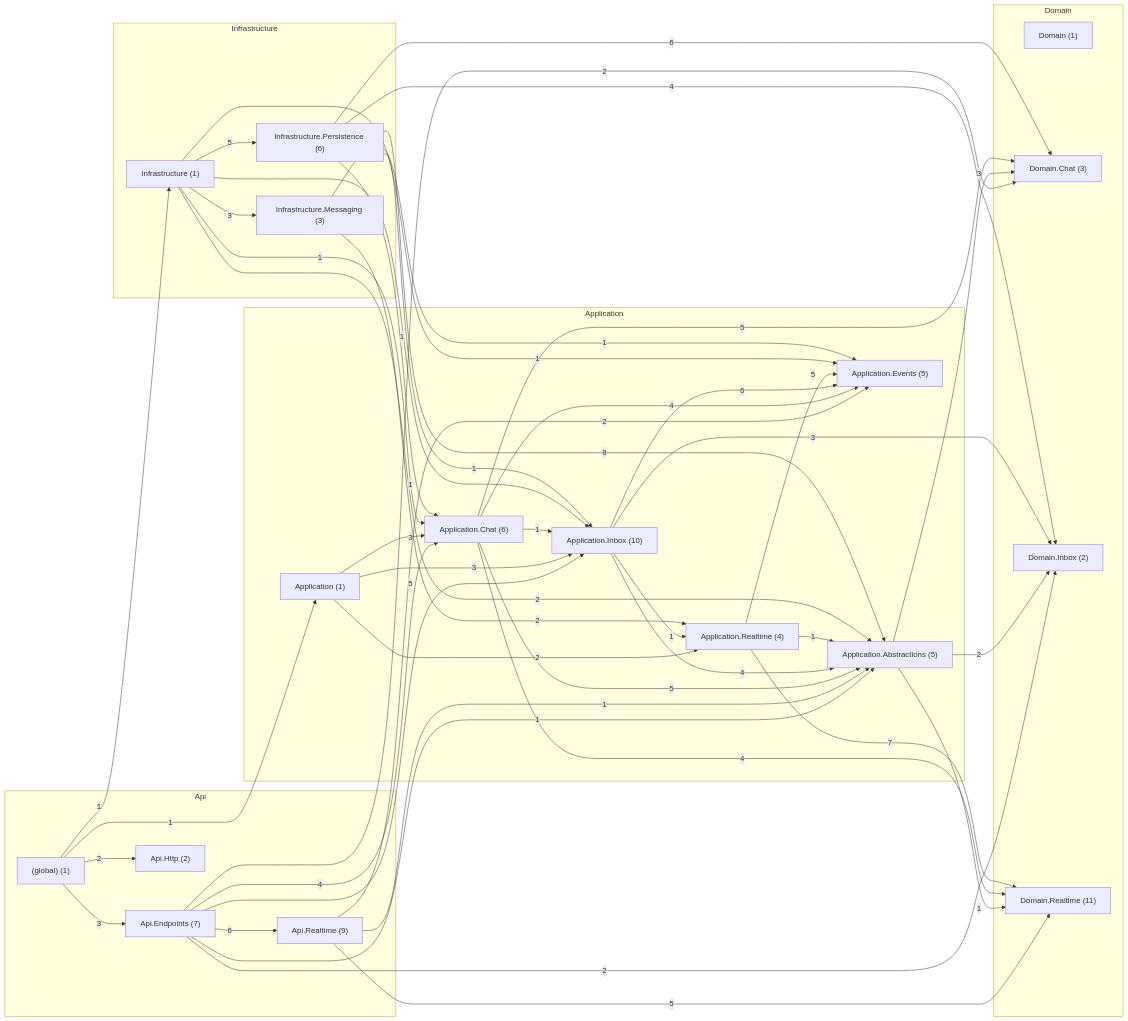
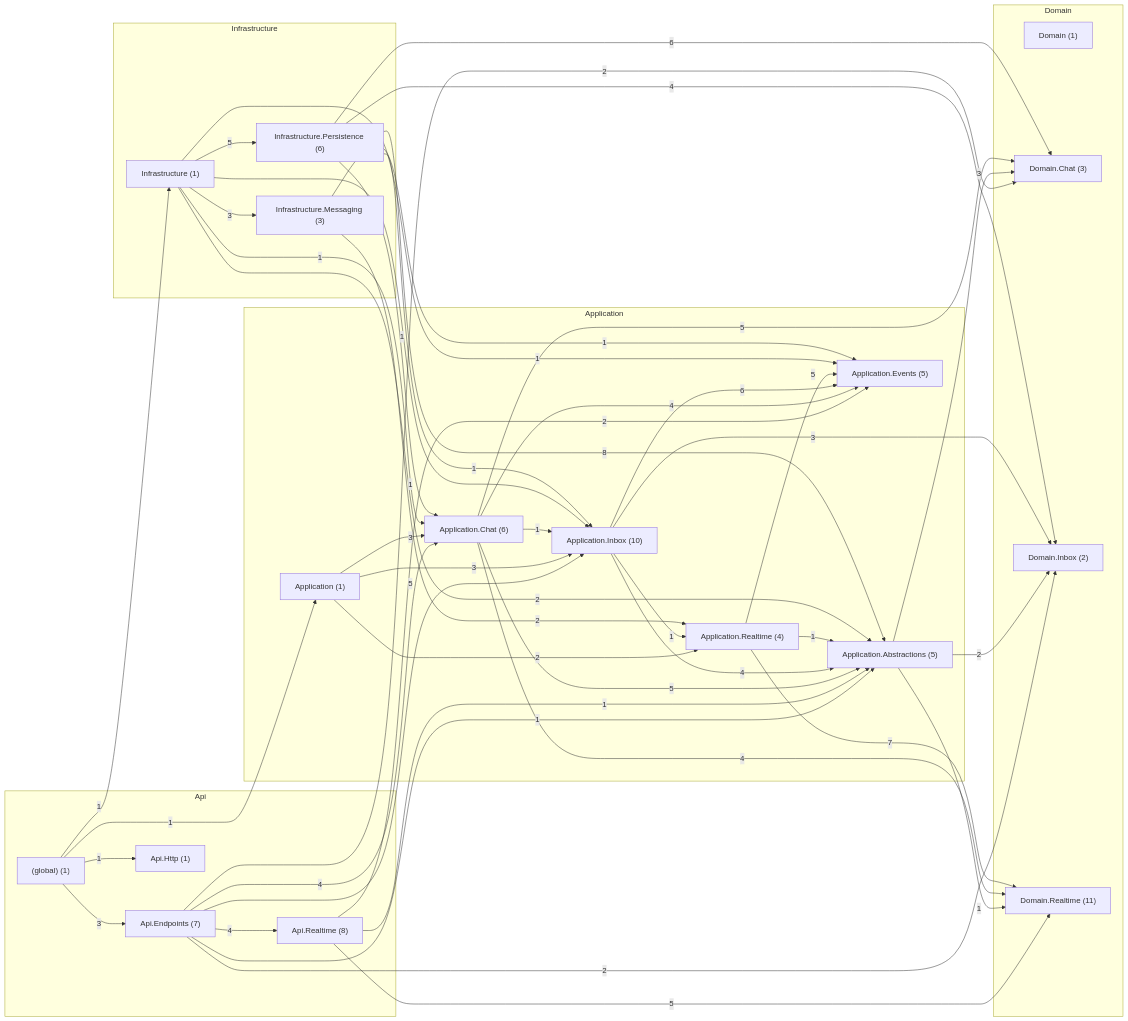
Before and after one commit to ARQUI-202630/quickpatch: the diagram in docs/architecture/codigo/despues/communication/paquetes.mmd, drawn with Mermaid. The commit also changed 36 other files, not shown here.

```diff
--- a/docs/architecture/codigo/despues/communication/paquetes.mmd
+++ b/docs/architecture/codigo/despues/communication/paquetes.mmd
@@ -1,70 +1,70 @@
 flowchart LR
   subgraph Api
     _global_["(global) (1)"]
     QuickPatch_Communication_Api_Endpoints["Api.Endpoints (7)"]
-    QuickPatch_Communication_Api_Http["Api.Http (2)"]
-    QuickPatch_Communication_Api_Realtime["Api.Realtime (9)"]
+    QuickPatch_Communication_Api_Http["Api.Http (1)"]
+    QuickPatch_Communication_Api_Realtime["Api.Realtime (8)"]
   end
   subgraph Application
     QuickPatch_Communication_Application["Application (1)"]
     QuickPatch_Communication_Application_Abstractions["Application.Abstractions (5)"]
     QuickPatch_Communication_Application_Chat["Application.Chat (6)"]
     QuickPatch_Communication_Application_Events["Application.Events (5)"]
     QuickPatch_Communication_Application_Inbox["Application.Inbox (10)"]
     QuickPatch_Communication_Application_Realtime["Application.Realtime (4)"]
   end
   subgraph Domain
     QuickPatch_Communication_Domain["Domain (1)"]
     QuickPatch_Communication_Domain_Chat["Domain.Chat (3)"]
     QuickPatch_Communication_Domain_Inbox["Domain.Inbox (2)"]
     QuickPatch_Communication_Domain_Realtime["Domain.Realtime (11)"]
   end
   subgraph Infrastructure
     QuickPatch_Communication_Infrastructure["Infrastructure (1)"]
     QuickPatch_Communication_Infrastructure_Messaging["Infrastructure.Messaging (3)"]
     QuickPatch_Communication_Infrastructure_Persistence["Infrastructure.Persistence (6)"]
   end
   _global_ -->|3| QuickPatch_Communication_Api_Endpoints
-  _global_ -->|2| QuickPatch_Communication_Api_Http
+  _global_ -->|1| QuickPatch_Communication_Api_Http
   _global_ -->|1| QuickPatch_Communication_Application
   _global_ -->|1| QuickPatch_Communication_Infrastructure
-  QuickPatch_Communication_Api_Endpoints -->|6| QuickPatch_Communication_Api_Realtime
+  QuickPatch_Communication_Api_Endpoints -->|4| QuickPatch_Communication_Api_Realtime
   QuickPatch_Communication_Api_Endpoints -->|1| QuickPatch_Communication_Application_Abstractions
   QuickPatch_Communication_Api_Endpoints -->|4| QuickPatch_Communication_Application_Chat
   QuickPatch_Communication_Api_Endpoints -->|5| QuickPatch_Communication_Application_Inbox
   QuickPatch_Communication_Api_Endpoints -->|2| QuickPatch_Communication_Domain_Chat
   QuickPatch_Communication_Api_Endpoints -->|2| QuickPatch_Communication_Domain_Inbox
   QuickPatch_Communication_Api_Realtime -->|1| QuickPatch_Communication_Application_Abstractions
   QuickPatch_Communication_Api_Realtime -->|2| QuickPatch_Communication_Application_Events
   QuickPatch_Communication_Api_Realtime -->|5| QuickPatch_Communication_Domain_Realtime
   QuickPatch_Communication_Application -->|3| QuickPatch_Communication_Application_Chat
   QuickPatch_Communication_Application -->|3| QuickPatch_Communication_Application_Inbox
   QuickPatch_Communication_Application -->|2| QuickPatch_Communication_Application_Realtime
   QuickPatch_Communication_Application_Abstractions -->|3| QuickPatch_Communication_Domain_Chat
   QuickPatch_Communication_Application_Abstractions -->|2| QuickPatch_Communication_Domain_Inbox
   QuickPatch_Communication_Application_Abstractions -->|1| QuickPatch_Communication_Domain_Realtime
   QuickPatch_Communication_Application_Chat -->|5| QuickPatch_Communication_Application_Abstractions
   QuickPatch_Communication_Application_Chat -->|4| QuickPatch_Communication_Application_Events
   QuickPatch_Communication_Application_Chat -->|1| QuickPatch_Communication_Application_Inbox
   QuickPatch_Communication_Application_Chat -->|5| QuickPatch_Communication_Domain_Chat
   QuickPatch_Communication_Application_Chat -->|4| QuickPatch_Communication_Domain_Realtime
   QuickPatch_Communication_Application_Inbox -->|4| QuickPatch_Communication_Application_Abstractions
   QuickPatch_Communication_Application_Inbox -->|6| QuickPatch_Communication_Application_Events
   QuickPatch_Communication_Application_Inbox -->|1| QuickPatch_Communication_Application_Realtime
   QuickPatch_Communication_Application_Inbox -->|3| QuickPatch_Communication_Domain_Inbox
   QuickPatch_Communication_Application_Realtime -->|1| QuickPatch_Communication_Application_Abstractions
   QuickPatch_Communication_Application_Realtime -->|5| QuickPatch_Communication_Application_Events
   QuickPatch_Communication_Application_Realtime -->|7| QuickPatch_Communication_Domain_Realtime
   QuickPatch_Communication_Infrastructure -->|2| QuickPatch_Communication_Application_Abstractions
   QuickPatch_Communication_Infrastructure -->|1| QuickPatch_Communication_Application_Chat
   QuickPatch_Communication_Infrastructure -->|1| QuickPatch_Communication_Application_Events
   QuickPatch_Communication_Infrastructure -->|1| QuickPatch_Communication_Application_Inbox
   QuickPatch_Communication_Infrastructure -->|3| QuickPatch_Communication_Infrastructure_Messaging
   QuickPatch_Communication_Infrastructure -->|5| QuickPatch_Communication_Infrastructure_Persistence
   QuickPatch_Communication_Infrastructure_Messaging -->|1| QuickPatch_Communication_Application_Events
   QuickPatch_Communication_Infrastructure_Messaging -->|2| QuickPatch_Communication_Application_Realtime
   QuickPatch_Communication_Infrastructure_Persistence -->|8| QuickPatch_Communication_Application_Abstractions
   QuickPatch_Communication_Infrastructure_Persistence -->|1| QuickPatch_Communication_Application_Chat
   QuickPatch_Communication_Infrastructure_Persistence -->|1| QuickPatch_Communication_Application_Inbox
   QuickPatch_Communication_Infrastructure_Persistence -->|6| QuickPatch_Communication_Domain_Chat
   QuickPatch_Communication_Infrastructure_Persistence -->|4| QuickPatch_Communication_Domain_Inbox
```
